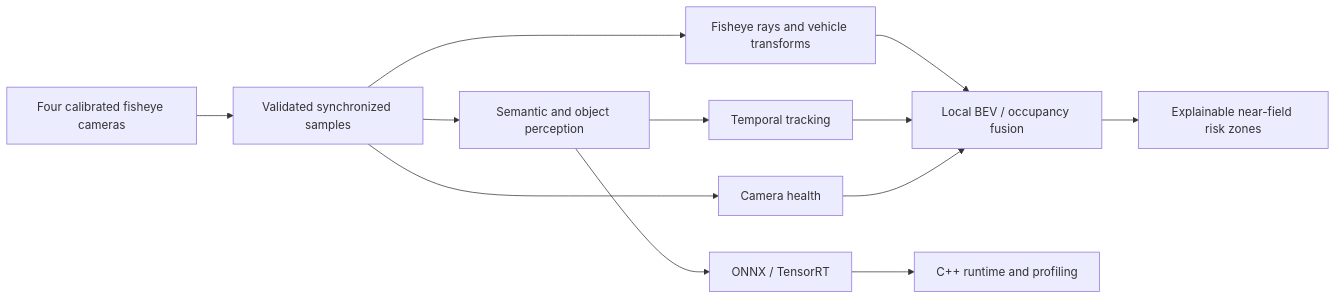
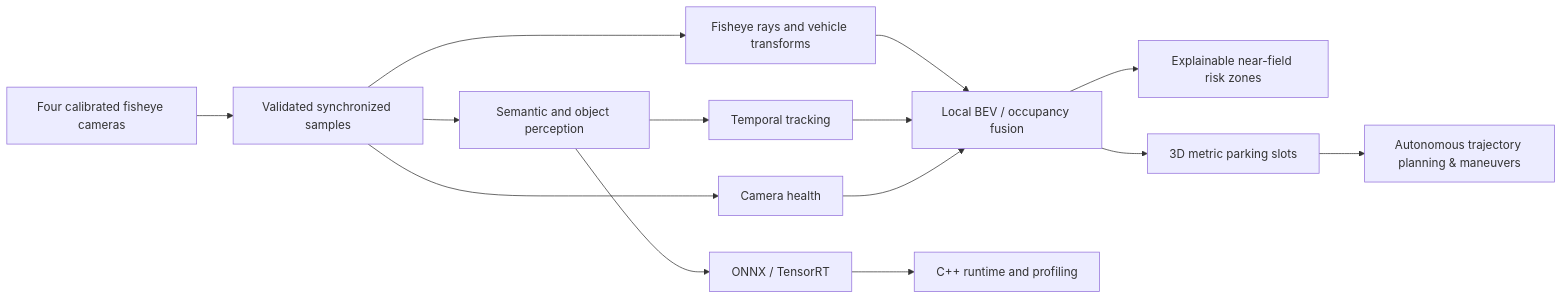
The diagram in README.md (Mohamed-ahmed-shokry/nearfield360), drawn with Mermaid before and after one commit. The commit also changed other lines of this file, not shown here.

Commit message:
docs: document autonomous parking planning engine and CLI in README

````diff
--- a/README.md
+++ b/README.md
@@ -42,14 +43,16 @@
 ```mermaid
 flowchart LR
     CAM[Four calibrated fisheye cameras] --> DATA[Validated synchronized samples]
     DATA --> GEO[Fisheye rays and vehicle transforms]
     DATA --> PER[Semantic and object perception]
     PER --> TRACK[Temporal tracking]
     DATA --> HEALTH[Camera health]
     GEO --> BEV[Local BEV / occupancy fusion]
     TRACK --> BEV
     HEALTH --> BEV
     BEV --> RISK[Explainable near-field risk zones]
+    BEV --> SLOTS[3D metric parking slots]
+    SLOTS --> PLAN[Autonomous trajectory planning & maneuvers]
     PER --> EXPORT[ONNX / TensorRT]
     EXPORT --> CPP[C++ runtime and profiling]
 ```
````
